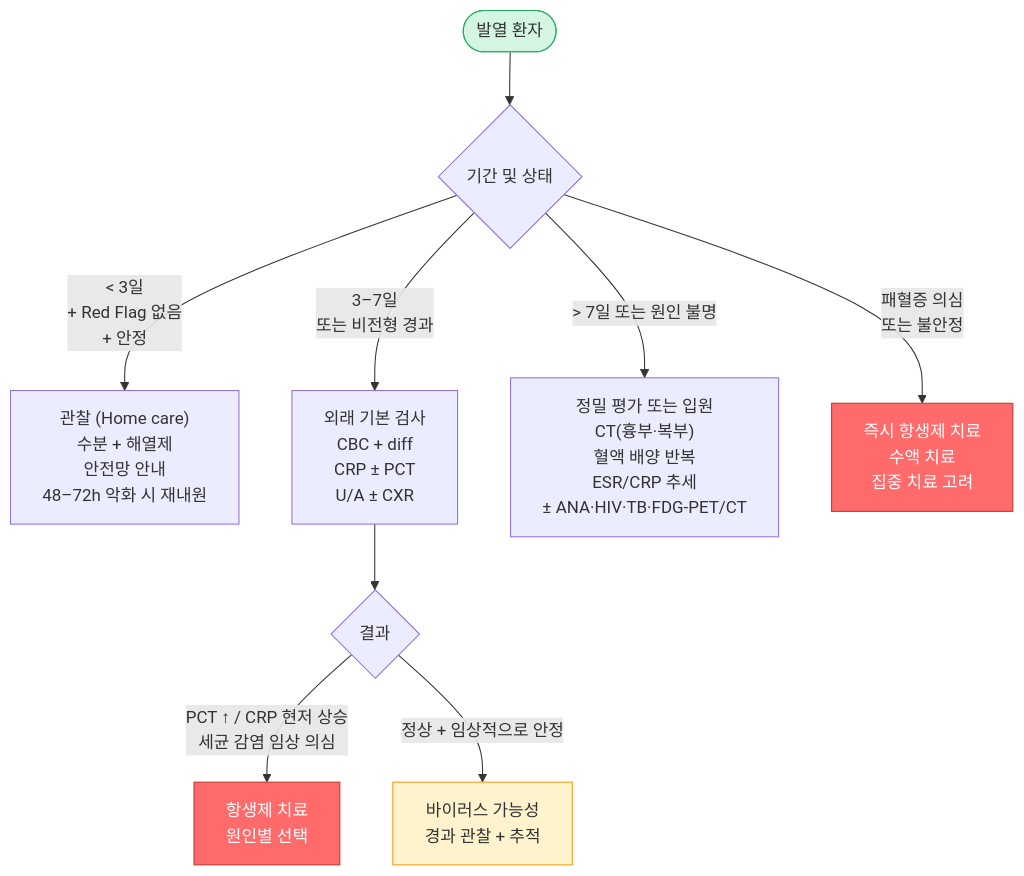
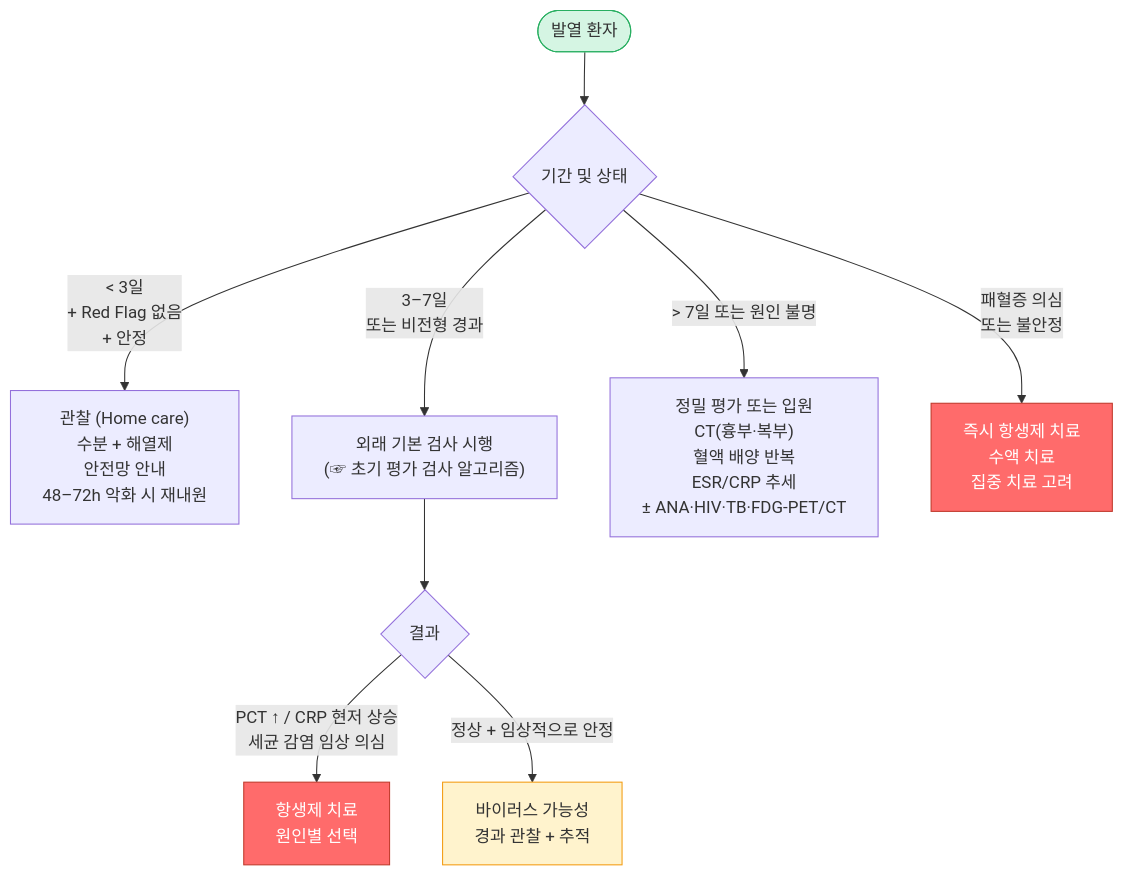
The second of 2 diagrams in 220_/011_-fever.md (familyoh77/familyoh77), drawn with Mermaid before and after one commit. The commit also changed other lines of this file, not shown here.

````diff
--- a/220_/011_-fever.md
+++ b/220_/011_-fever.md
@@ -181,17 +181,17 @@
 ```mermaid
 graph TD
     A([발열 환자]) --> B{기간 및 상태}
     B -->|"< 3일<br/>+ Red Flag 없음<br/>+ 안정"| C["관찰 (Home care)<br/>수분 + 해열제<br/>안전망 안내<br/>48–72h 악화 시 재내원"]
-    B -->|"3–7일<br/>또는 비전형 경과"| D["외래 기본 검사<br/>CBC + diff<br/>CRP ± PCT<br/>U/A ± CXR"]
+    B -->|"3–7일<br/>또는 비전형 경과"| D["외래 기본 검사 시행<br/>(☞ 초기 평가 검사 알고리즘)"]
     D --> E{결과}
     E -->|"PCT ↑ / CRP 현저 상승<br/>세균 감염 임상 의심"| F["항생제 치료<br/>원인별 선택"]
     E -->|"정상 + 임상적으로 안정"| G["바이러스 가능성<br/>경과 관찰 + 추적"]
     B -->|"> 7일 또는 원인 불명"| H["정밀 평가 또는 입원<br/>CT(흉부·복부)<br/>혈액 배양 반복<br/>ESR/CRP 추세<br/>± ANA·HIV·TB·FDG-PET/CT"]
     B -->|"패혈증 의심<br/>또는 불안정"| I["즉시 항생제 치료<br/>수액 치료<br/>집중 치료 고려"]
 
     style A fill:#d5f5e3,stroke:#27ae60
     style F fill:#ff6b6b,stroke:#c0392b,color:#fff
     style G fill:#fff3cd,stroke:#f39c12
     style I fill:#ff6b6b,stroke:#c0392b,color:#fff
 
 ```
````
